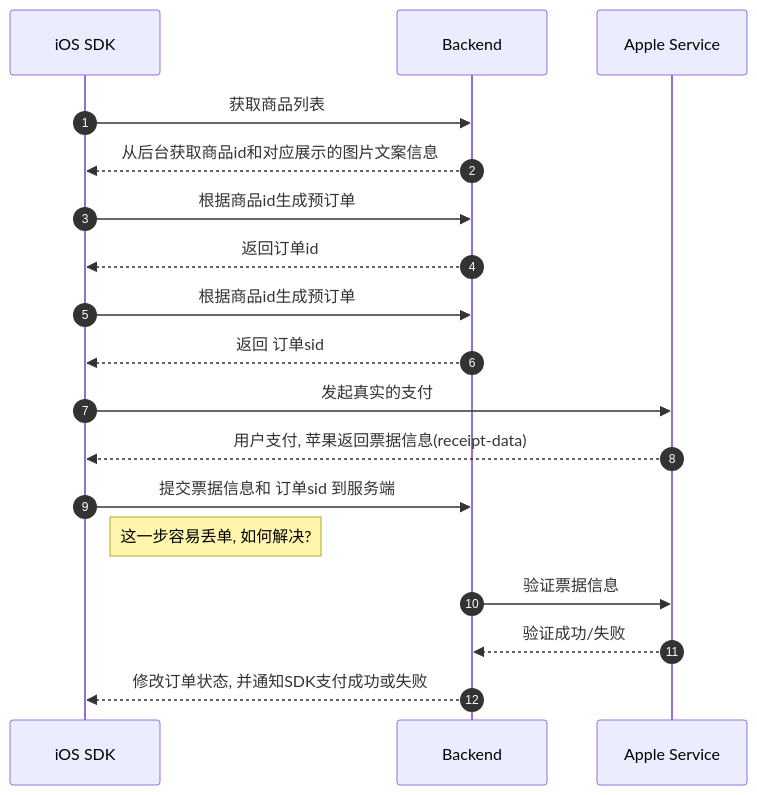
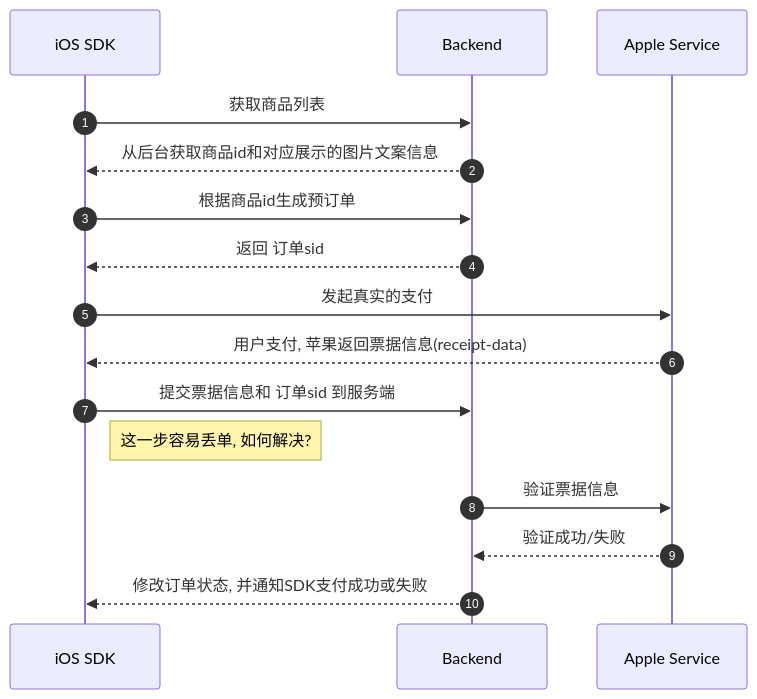
Before and after one commit to dengqinghua/dengqinghua.github.io: the first of 2 diagrams in _posts/2021-07-28-apple-pay.md, drawn with Mermaid. The commit also changed 2 other files, not shown here.

```diff
--- a/_posts/2021-07-28-apple-pay.md
+++ b/_posts/2021-07-28-apple-pay.md
@@ -8,20 +8,18 @@
 <div class="mermaid" markdown="0">
 sequenceDiagram
     autonumber
     participant sdk as iOS SDK
     participant b as Backend
     participant as as Apple Service
     sdk->>b: 获取商品列表
     b-->>sdk: 从后台获取商品id和对应展示的图片文案信息
-    sdk->>b: 根据商品id生成预订单
-    b-->>sdk: 返回订单id
     sdk->>b: 根据商品id生成预订单
     b-->>sdk: 返回 订单sid
     sdk->>as: 发起真实的支付
     as-->>sdk: 用户支付, 苹果返回票据信息(receipt-data)
     sdk->>b: 提交票据信息和 订单sid 到服务端
     Note right of sdk: 这一步容易丢单, 如何解决?
     b->>as: 验证票据信息
     as-->>b: 验证成功/失败
     b-->>sdk: 修改订单状态, 并通知SDK支付成功或失败
 </div>
```
